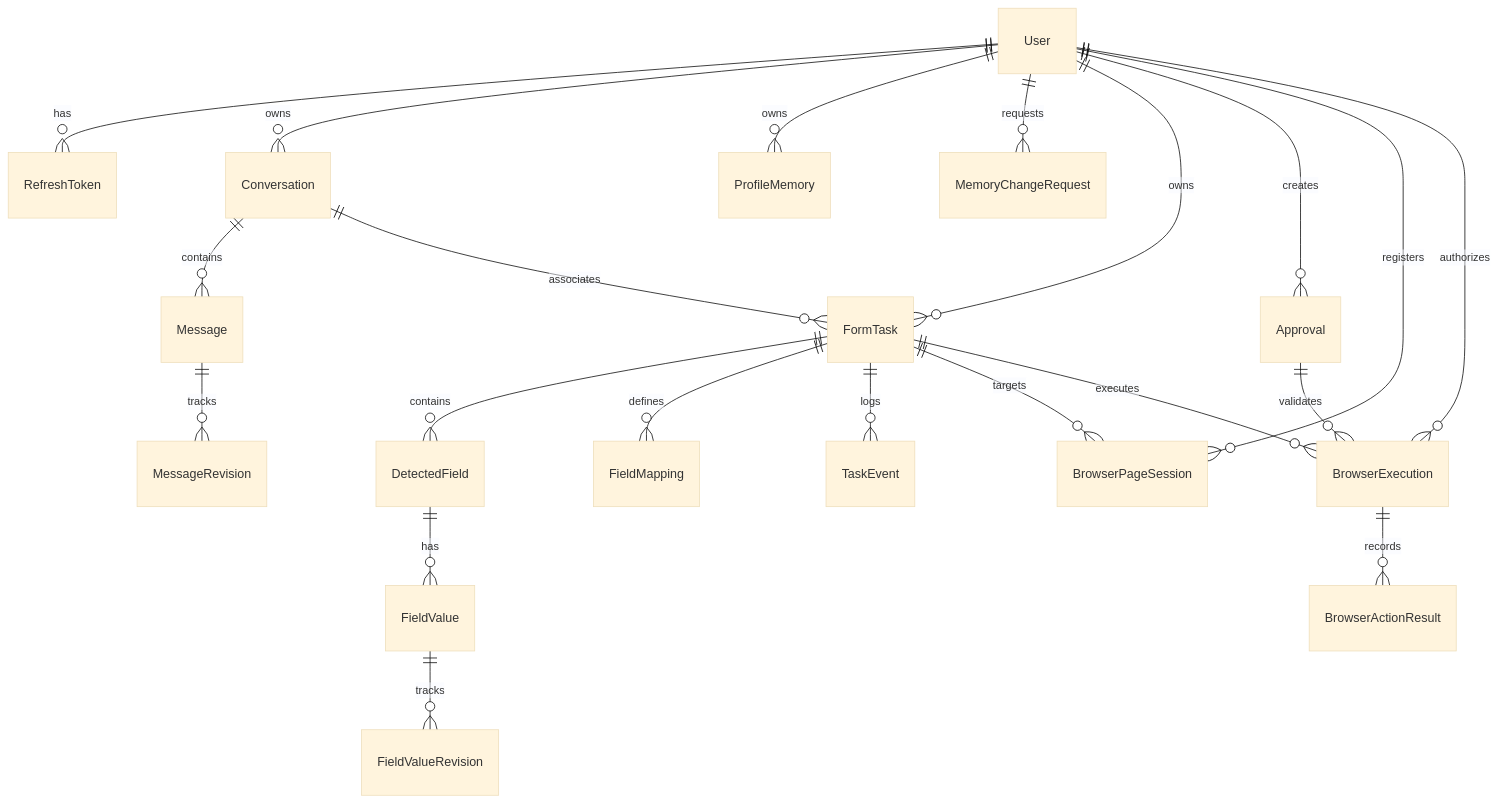
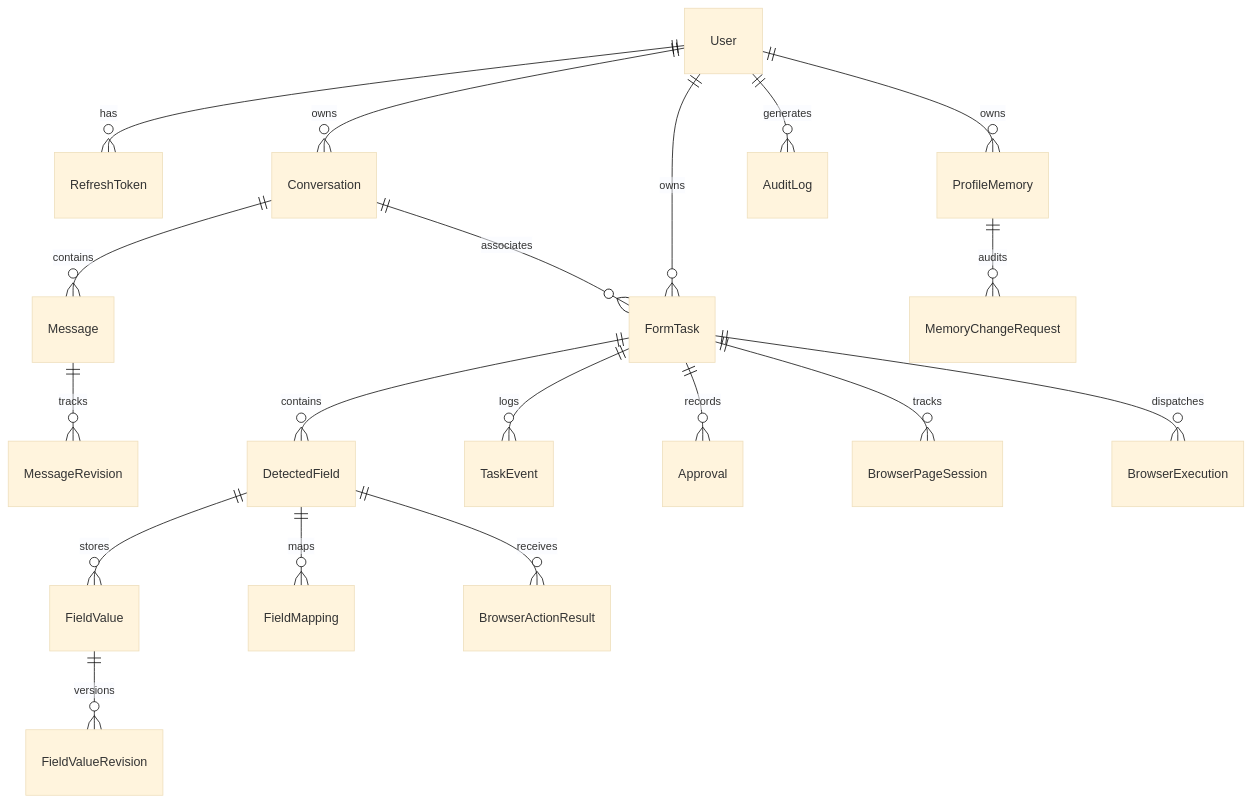
Before and after one commit to adarshhh25/BhashaAgent: the third of 3 diagrams in server/README.md, drawn with Mermaid (base theme). The commit also changed other lines of this file and 65 other files, not shown here.

Commit message:
feat(form-intelligence): direct execution policy, LLM fallback, multi-checkbox/radio fixes, and documentation overhaul

````diff
--- a/server/README.md
+++ b/server/README.md
@@ -562,26 +409,25 @@
 ```mermaid
 erDiagram
     User ||--o{ RefreshToken : has
     User ||--o{ Conversation : owns
     User ||--o{ ProfileMemory : owns
-    User ||--o{ MemoryChangeRequest : requests
     User ||--o{ FormTask : owns
-    User ||--o{ Approval : creates
-    User ||--o{ BrowserPageSession : registers
-    User ||--o{ BrowserExecution : authorizes
+    User ||--o{ AuditLog : generates
 
     Conversation ||--o{ Message : contains
+    Conversation ||--o{ FormTask : associates
     Message ||--o{ MessageRevision : tracks
-    Conversation ||--o{ FormTask : associates
-    
+
+    ProfileMemory ||--o{ MemoryChangeRequest : audits
+
     FormTask ||--o{ DetectedField : contains
-    DetectedField ||--o{ FieldValue : has
-    FieldValue ||--o{ FieldValueRevision : tracks
-    FormTask ||--o{ FieldMapping : defines
     FormTask ||--o{ TaskEvent : logs
-    FormTask ||--o{ BrowserPageSession : targets
-    FormTask ||--o{ BrowserExecution : executes
+    FormTask ||--o{ Approval : records
+    FormTask ||--o{ BrowserPageSession : tracks
+    FormTask ||--o{ BrowserExecution : dispatches
 
-    BrowserExecution ||--o{ BrowserActionResult : records
-    Approval ||--o{ BrowserExecution : validates
+    DetectedField ||--o{ FieldValue : stores
+    DetectedField ||--o{ FieldMapping : maps
+    DetectedField ||--o{ BrowserActionResult : receives
+    FieldValue ||--o{ FieldValueRevision : versions
 ```
````
